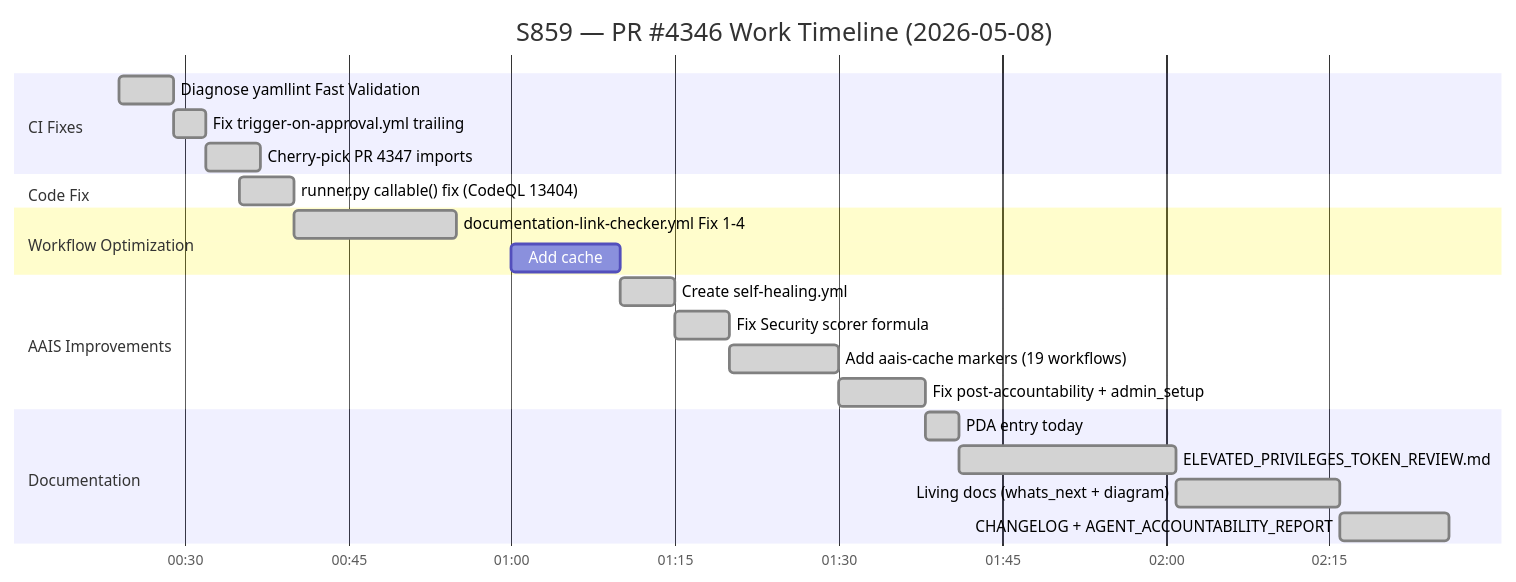
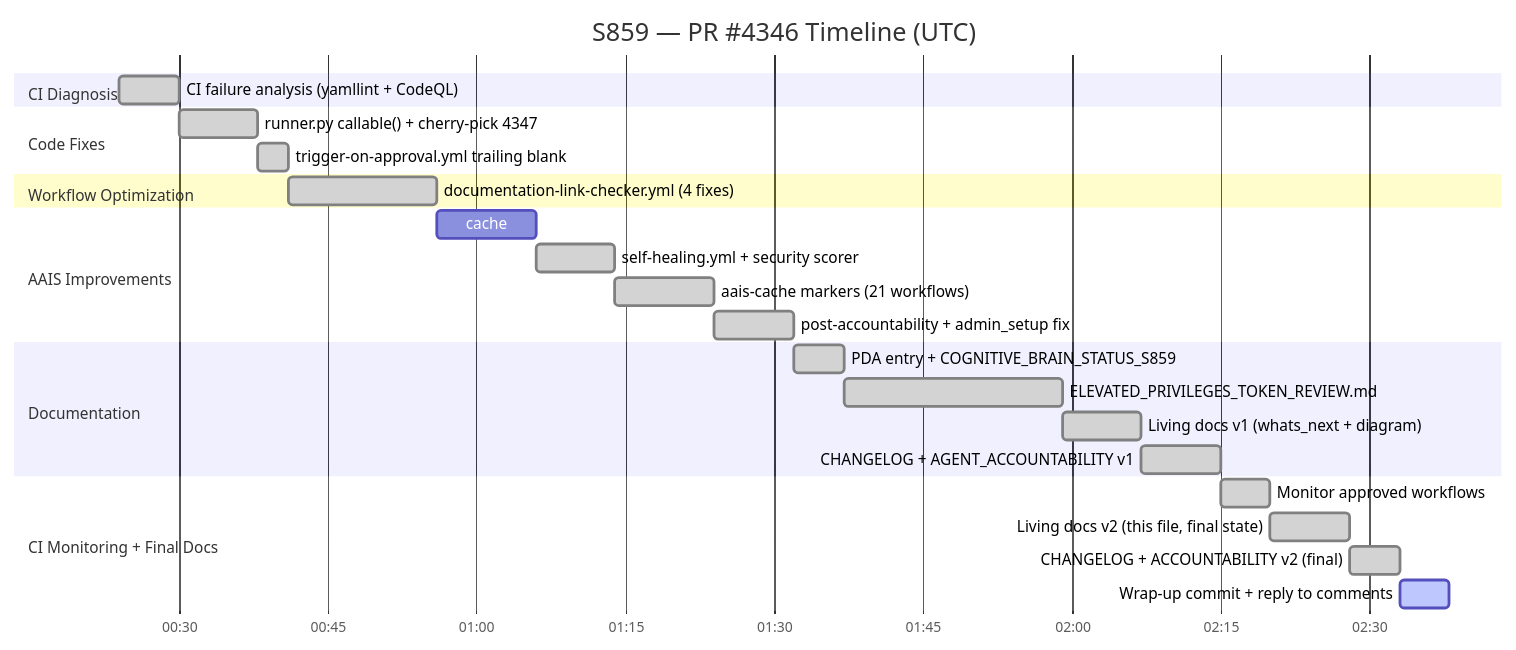
Before and after one commit to Aries-Serpent/_codex_: the first of 7 diagrams in docs/sessions/PR4346_session_diagram.md, drawn with Mermaid. The commit also changed other lines of this file and 3 other files, not shown here.

First line of the commit message:
docs(s859): final living docs v2 — CI snapshot, CHANGELOG+accountability final, session diagram 7 Mermaid

````diff
--- a/docs/sessions/PR4346_session_diagram.md
+++ b/docs/sessions/PR4346_session_diagram.md
@@ -10,30 +9,34 @@
 ```mermaid
 gantt
-    title S859 — PR #4346 Work Timeline (2026-05-08)
+    title S859 — PR #4346 Timeline (UTC)
     dateFormat HH:mm
     axisFormat %H:%M
 
-    section CI Fixes
-    Diagnose yamllint Fast Validation      :done, 00:24, 5m
-    Fix trigger-on-approval.yml trailing   :done, 00:29, 3m
-    Cherry-pick PR 4347 imports            :done, 00:32, 5m
+    section CI Diagnosis
+    CI failure analysis (yamllint + CodeQL)  :done, 00:24, 6m
 
-    section Code Fix
-    runner.py callable() fix (CodeQL 13404):done, 00:35, 5m
+    section Code Fixes
+    runner.py callable() + cherry-pick 4347  :done, 00:30, 8m
+    trigger-on-approval.yml trailing blank   :done, 00:38, 3m
 
     section Workflow Optimization
-    documentation-link-checker.yml Fix 1-4 :done, 00:40, 15m
-    Add cache:pip to 26 workflows           :done, 01:00, 10m
+    documentation-link-checker.yml (4 fixes) :done, 00:41, 15m
 
     section AAIS Improvements
-    Create self-healing.yml                 :done, 01:10, 5m
-    Fix Security scorer formula             :done, 01:15, 5m
-    Add aais-cache markers (19 workflows)   :done, 01:20, 10m
-    Fix post-accountability + admin_setup   :done, 01:30, 8m
+    cache:pip to 26 workflows                :done, 00:56, 10m
+    self-healing.yml + security scorer       :done, 01:06, 8m
+    aais-cache markers (21 workflows)        :done, 01:14, 10m
+    post-accountability + admin_setup fix    :done, 01:24, 8m
 
     section Documentation
-    PDA entry today                         :done, 01:38, 3m
-    ELEVATED_PRIVILEGES_TOKEN_REVIEW.md     :done, 01:41, 20m
-    Living docs (whats_next + diagram)      :done, 02:01, 15m
-    CHANGELOG + AGENT_ACCOUNTABILITY_REPORT :done, 02:16, 10m
+    PDA entry + COGNITIVE_BRAIN_STATUS_S859  :done, 01:32, 5m
+    ELEVATED_PRIVILEGES_TOKEN_REVIEW.md      :done, 01:37, 22m
+    Living docs v1 (whats_next + diagram)    :done, 01:59, 8m
+    CHANGELOG + AGENT_ACCOUNTABILITY v1      :done, 02:07, 8m
+
+    section CI Monitoring + Final Docs
+    Monitor approved workflows               :done, 02:15, 5m
+    Living docs v2 (this file, final state)  :done, 02:20, 8m
+    CHANGELOG + ACCOUNTABILITY v2 (final)    :done, 02:28, 5m
+    Wrap-up commit + reply to comments       :active, 02:33, 5m
 ```
````
